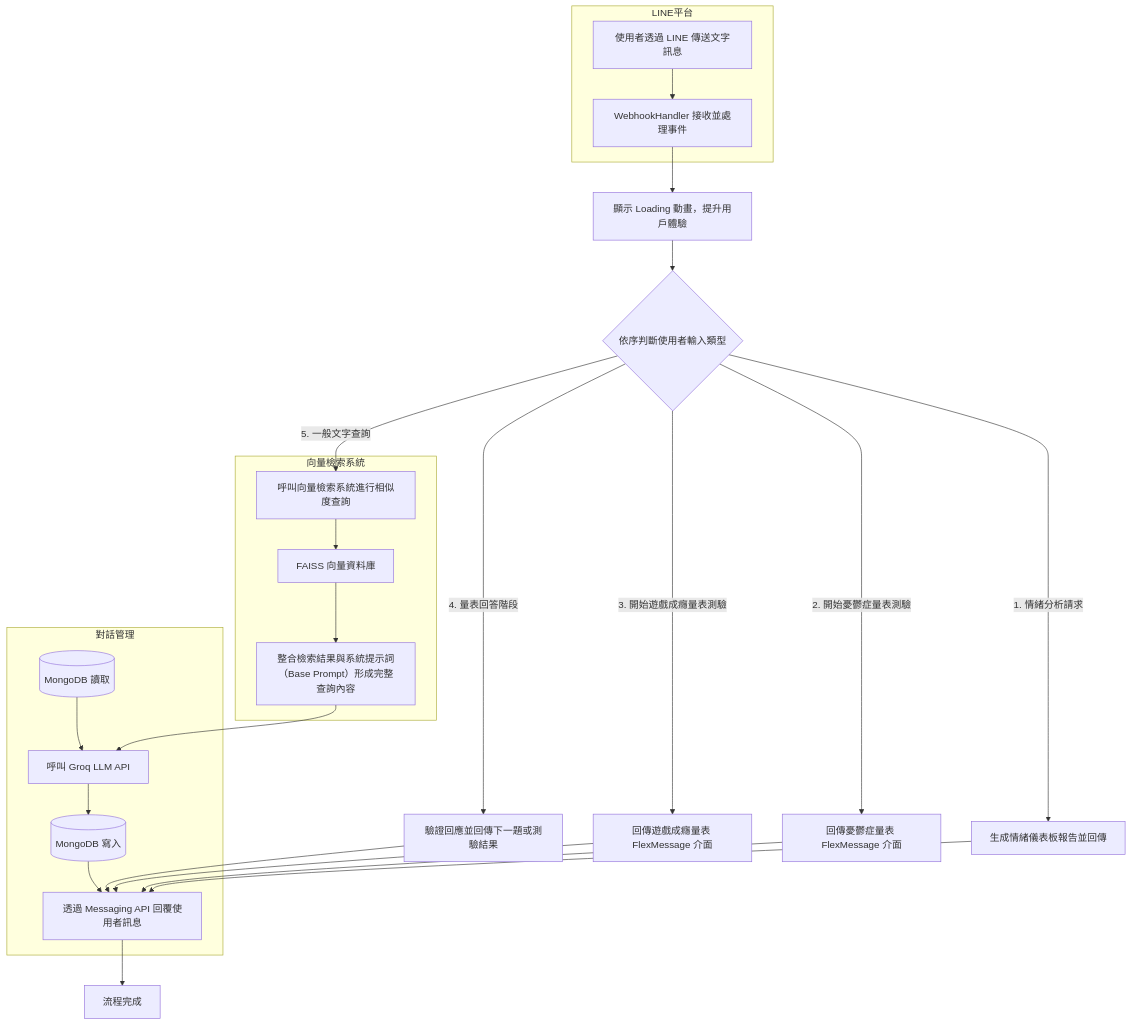
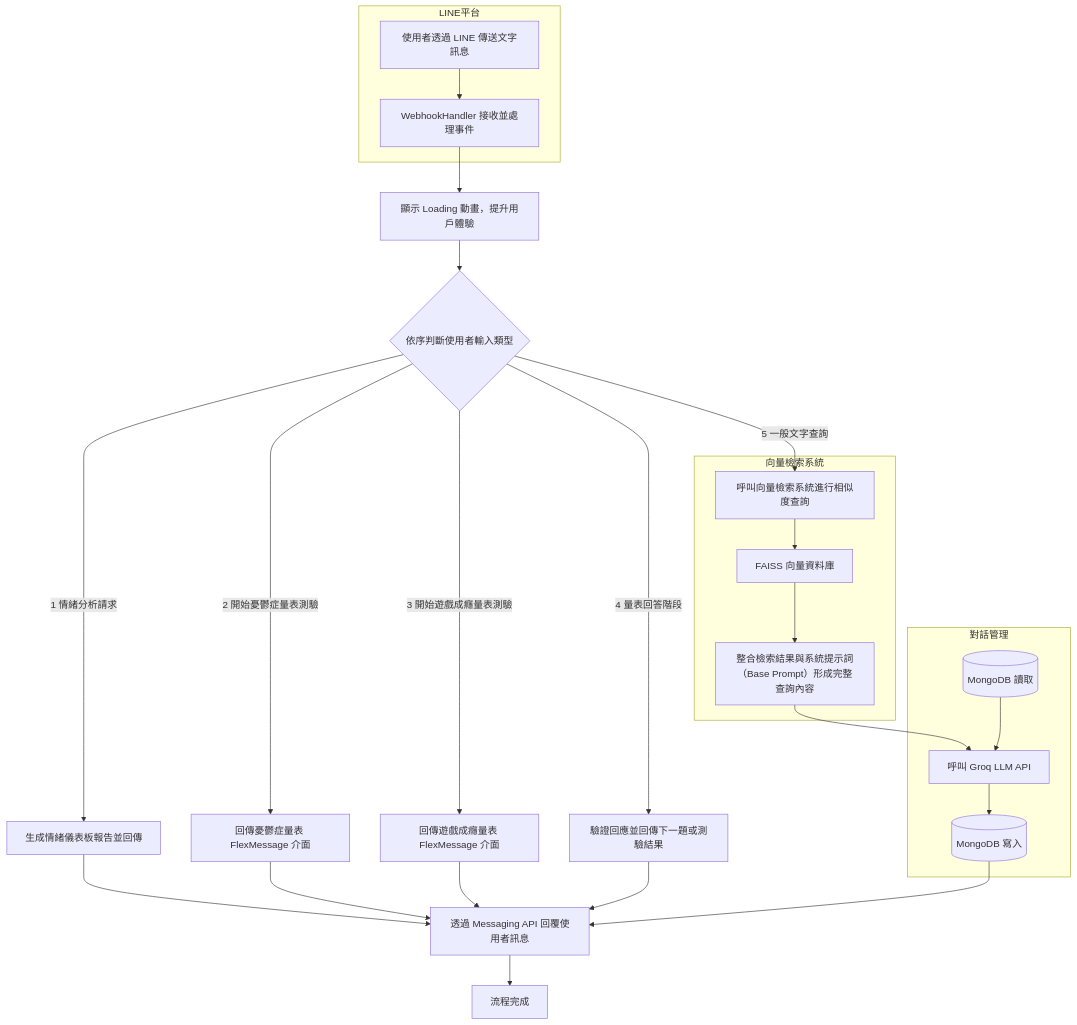
One commit to aurorajojo/line_app changed the diagram in README.md. Above: the diagram before and after it, drawn with Mermaid.

````diff
--- a/README.md
+++ b/README.md
@@ -3,42 +3,42 @@
 ```mermaid
 flowchart TD
     subgraph LINE平台
         A[使用者透過 LINE 傳送文字訊息] --> B[WebhookHandler 接收並處理事件]
     end
 
     B --> C[顯示 Loading 動畫，提升用戶體驗]
 
     C --> D{依序判斷使用者輸入類型}
 
-    D -->|1. 情緒分析請求| E[生成情緒儀表板報告並回傳]
+    D -->|1 情緒分析請求| E[生成情緒儀表板報告並回傳]
     E --> O1
 
-    D -->|2. 開始憂鬱症量表測驗| F[回傳憂鬱症量表 FlexMessage 介面]
+    D -->|2 開始憂鬱症量表測驗| F[回傳憂鬱症量表 FlexMessage 介面]
     F --> O1
 
-    D -->|3. 開始遊戲成癮量表測驗| G[回傳遊戲成癮量表 FlexMessage 介面]
+    D -->|3 開始遊戲成癮量表測驗| G[回傳遊戲成癮量表 FlexMessage 介面]
     G --> O1
 
-    D -->|4. 量表回答階段| H[驗證回應並回傳下一題或測驗結果]
+    D -->|4 量表回答階段| H[驗證回應並回傳下一題或測驗結果]
     H --> O1
 
-    D -->|5. 一般文字查詢| I[呼叫向量檢索系統進行相似度查詢]
+    D -->|5 一般文字查詢| I[呼叫向量檢索系統進行相似度查詢]
 
     subgraph 向量檢索系統
         I --> V1[FAISS 向量資料庫]
         V1 --> J[整合檢索結果與系統提示詞（Base Prompt）形成完整查詢內容]
     end
 
     subgraph 對話管理
         MDB_Read[(MongoDB 讀取)]
         MDB_Write[(MongoDB 寫入)]
 
         J --> L[呼叫 Groq LLM API]
         MDB_Read --> L
         L --> MDB_Write
-        MDB_Write --> O1
+        
     end
-
+    MDB_Write --> O1
     O1[透過 Messaging API 回覆使用者訊息] --> Z[流程完成]
 
 ```
````
